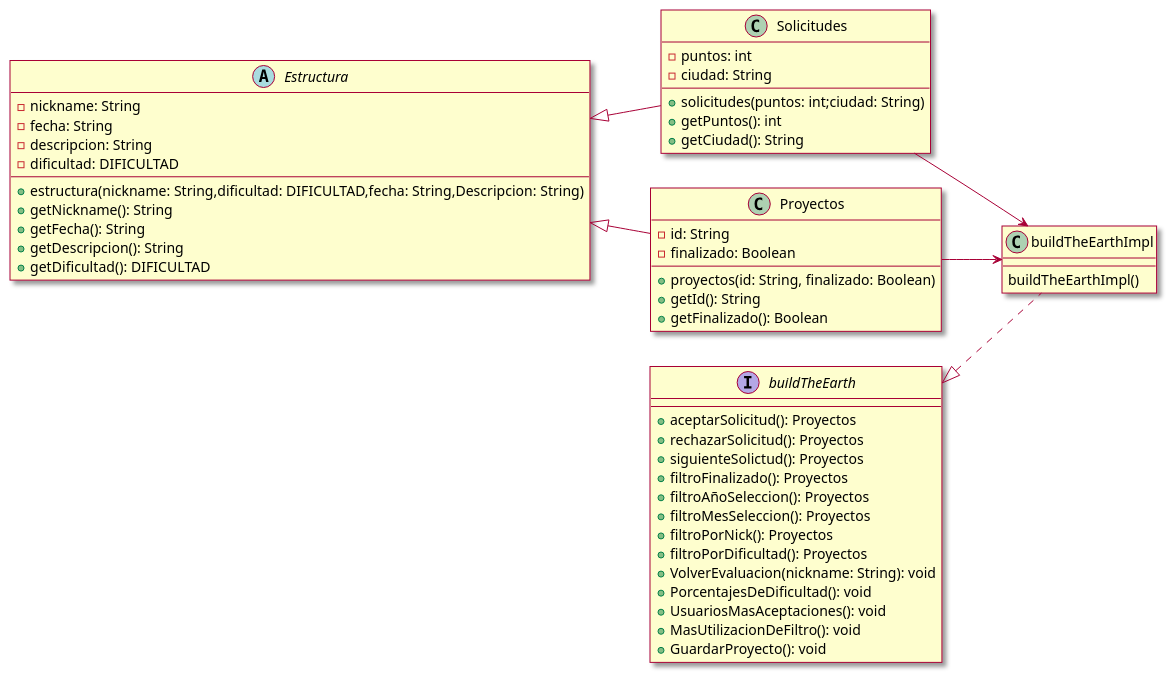
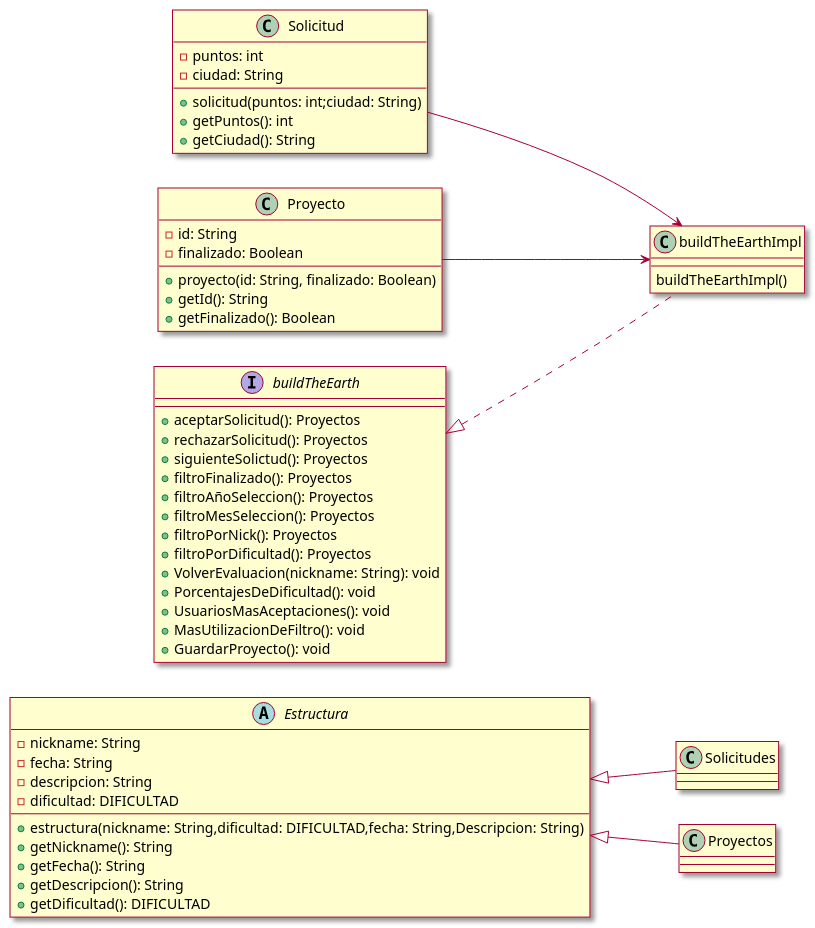
Before and after one commit to pvblo47/Taller-1-E.D: the diagram in cmake-build-debug/Diagrama de clases.puml, drawn with PlantUML. The commit also changed 17 other files, not shown here.

```diff
--- a/cmake-build-debug/Diagrama de clases.puml
+++ b/cmake-build-debug/Diagrama de clases.puml
@@ -1,77 +1,77 @@
 @startuml
 
 left to right direction
 skin rose
 
 abstract Estructura{
 
 - nickname: String
 - fecha: String
 - descripcion: String
 - dificultad: DIFICULTAD
 
 +estructura(nickname: String,dificultad: DIFICULTAD,fecha: String,Descripcion: String)
 + getNickname(): String
 + getFecha(): String
 + getDescripcion(): String
 + getDificultad(): DIFICULTAD
 
 }
-class Solicitudes {
+class Solicitud {
 
 - puntos: int
 - ciudad: String
 
-+ solicitudes(puntos: int;ciudad: String)
++ solicitud(puntos: int;ciudad: String)
 + getPuntos(): int
 + getCiudad(): String
 }
 
-class Proyectos {
+class Proyecto {
 
 - id: String
 - finalizado: Boolean
 
-+ proyectos(id: String, finalizado: Boolean)
++ proyecto(id: String, finalizado: Boolean)
 + getId(): String
 + getFinalizado(): Boolean
 }
 
 class buildTheEarthImpl {
 
 buildTheEarthImpl()
 
 }
 
 interface buildTheEarth{
 
 + aceptarSolicitud(): Proyectos
 + rechazarSolicitud(): Proyectos
 + siguienteSolictud(): Proyectos
 + filtroFinalizado(): Proyectos
 + filtroAñoSeleccion(): Proyectos
 + filtroMesSeleccion(): Proyectos
 + filtroPorNick(): Proyectos
 + filtroPorDificultad(): Proyectos
 + VolverEvaluacion(nickname: String): void
 + PorcentajesDeDificultad(): void
 + UsuariosMasAceptaciones(): void
 + MasUtilizacionDeFiltro(): void
 + GuardarProyecto(): void
 
 }
 
 
 Estructura <|-- Solicitudes
 Estructura <|-- Proyectos
 buildTheEarth <|.. buildTheEarthImpl
-Solicitudes --> buildTheEarthImpl
-Proyectos --> buildTheEarthImpl
+Solicitud --> buildTheEarthImpl
+Proyecto --> buildTheEarthImpl
 
 
 
 
 }
 
 
 @enduml
```
